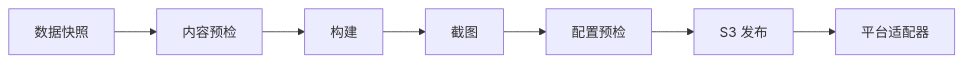
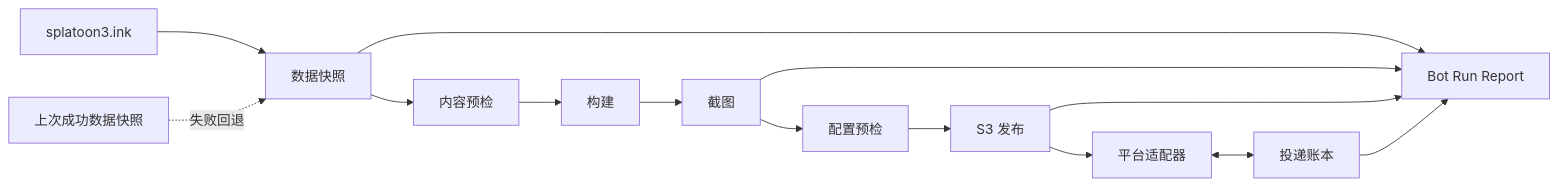
Before and after one commit to TenviLi/splatoon3-bot: the first of 2 diagrams in README.zh-CN.md, drawn with Mermaid. The commit also changed other lines of this file and 56 other files, not shown here.

````diff
--- a/README.zh-CN.md
+++ b/README.zh-CN.md
@@ -203,9 +203,16 @@
 ```mermaid
 flowchart LR
-  snapshot["数据快照"] --> content["内容预检"]
+  upstream["splatoon3.ink"] --> snapshot["数据快照"]
+  lastGood["上次成功数据快照"] -. "失败回退" .-> snapshot
+  snapshot --> content["内容预检"]
   content --> build["构建"]
   build --> screenshots["截图"]
   screenshots --> config["配置预检"]
   config --> publish["S3 发布"]
   publish --> adapters["平台适配器"]
+  adapters <--> ledger["投递账本"]
+  snapshot --> report["Bot Run Report"]
+  screenshots --> report
+  publish --> report
+  ledger --> report
 ```
````
